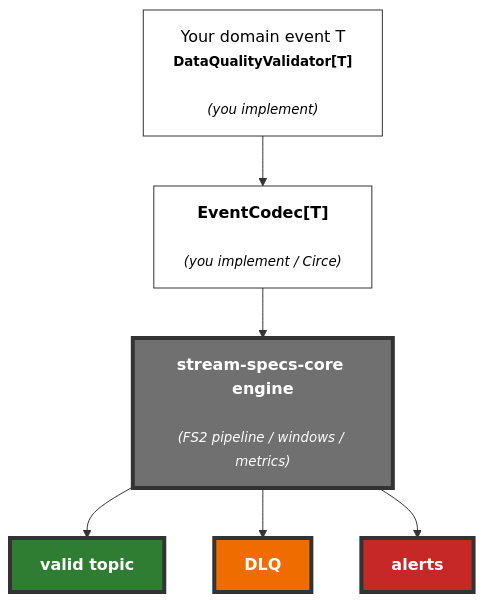
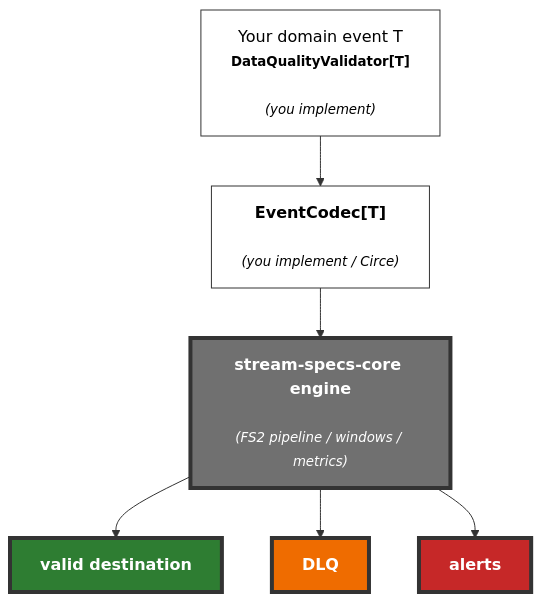
Before and after one commit to bieli/StreamSpecs: the diagram in README.md, drawn with Mermaid. The commit also changed other lines of this file and 17 other files, not shown here.

````diff
--- a/README.md
+++ b/README.md
@@ -7,22 +7,22 @@
 ```mermaid
 graph TD
     INPUT1["Your domain event T<br><small><b>DataQualityValidator[T]</b><br><br><i>(you implement)</i></small>"]
     INPUT2["<b>EventCodec[T]</b><br><small><i><br>(you implement / Circe)</i></small>"]
     CORE["<b>stream-specs-core engine</b><br><br><small><i>(FS2 pipeline / windows / metrics)</i></small>"]
-    OUTPUT1["<b>valid topic</b>"]
+    OUTPUT1["<b>valid destination</b>"]
     OUTPUT2["<b>DLQ</b>"]
     OUTPUT3["<b>alerts</b>"]
     
     INPUT1 --> INPUT2
     INPUT2 --> CORE
     CORE --> OUTPUT1
     CORE --> OUTPUT2
     CORE --> OUTPUT3
 
     style CORE fill:#707070,stroke:#333,stroke-width:4px,color:#fff
     style OUTPUT1 fill:#2e7d32,stroke:#333,stroke-width:4px,color:#fff
     style OUTPUT2 fill:#ef6c00,stroke:#333,stroke-width:4px,color:#fff
     style OUTPUT3 fill:#c62828,stroke:#333,stroke-width:4px,color:#fff
     style INPUT1 fill:#fff,stroke:#333,stroke-width:1px,color:#000
     style INPUT2 fill:#fff,stroke:#333,stroke-width:1px,color:#000
 ```
````
